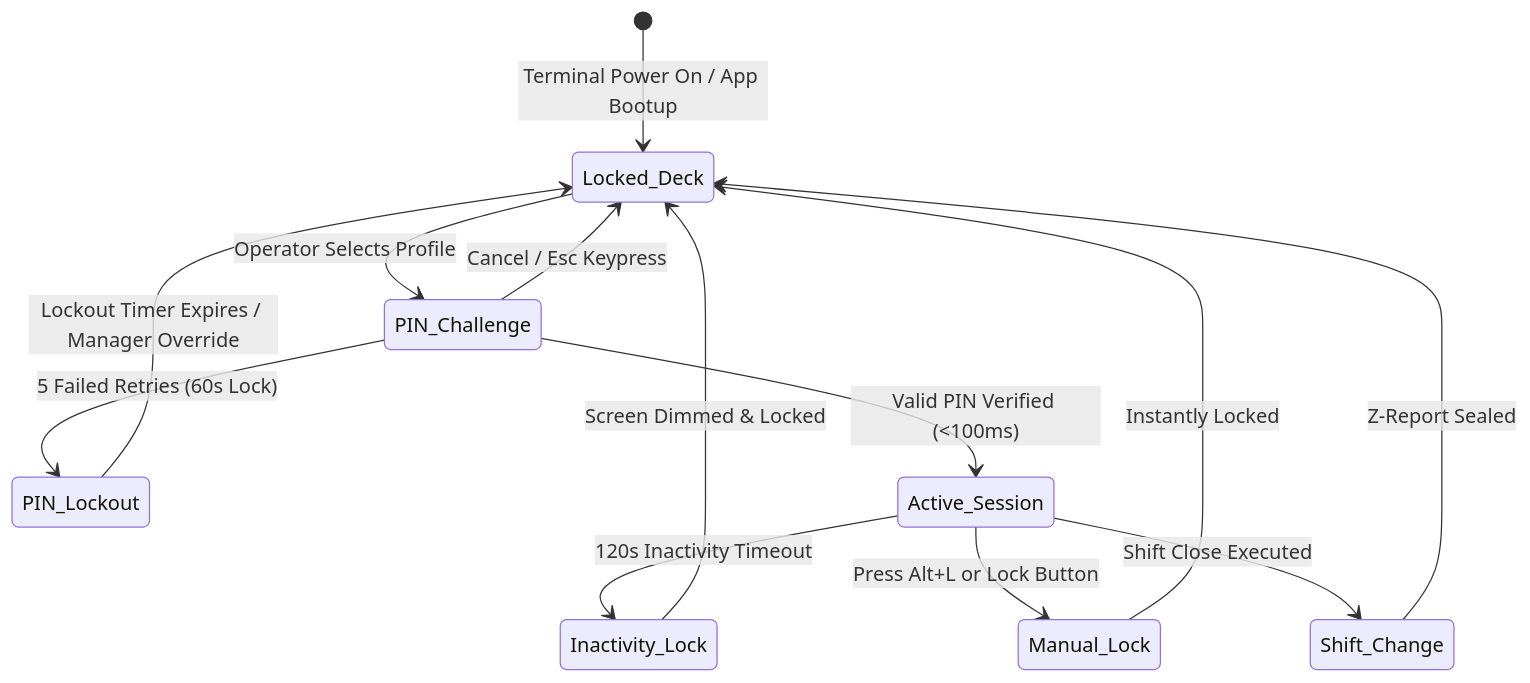
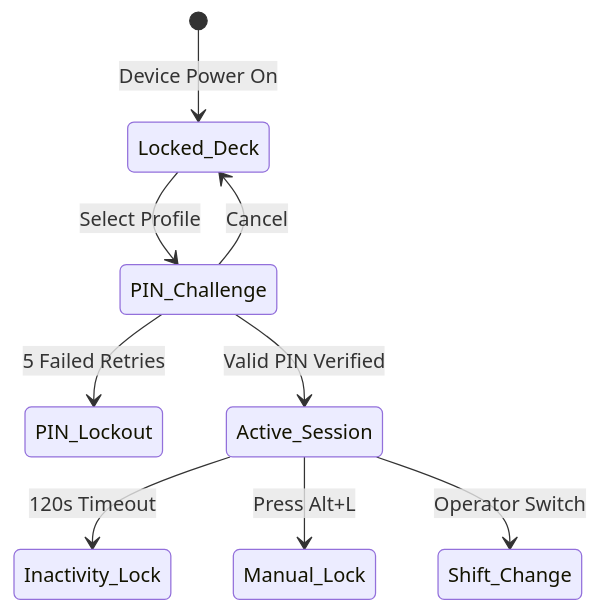
Before and after one commit to Bedant1424/OrderRAIL: the diagram in COUNTER_AUTH_SPEC.md, drawn with Mermaid. The commit also changed other lines of this file and 1 other file, not shown here.

Commit message:
docs(architecture-refinement): refine DEVICE_ARCHITECTURE.md and COUNTER_AUTH_SPEC.md with simplified 6-digit pairing, minimal identity schema, atomic permission bundles, 3 shift modes, unified device model, and owner management

````diff
--- a/COUNTER_AUTH_SPEC.md
+++ b/COUNTER_AUTH_SPEC.md
@@ -150,19 +95,14 @@
 ```mermaid
 stateDiagram-v2
-    [*] --> Locked_Deck : Terminal Power On / App Bootup
+    [*] --> Locked_Deck : Device Power On
 
-    Locked_Deck --> PIN_Challenge : Operator Selects Profile
-    PIN_Challenge --> Locked_Deck : Cancel / Esc Keypress
-    PIN_Challenge --> PIN_Lockout : 5 Failed Retries (60s Lock)
-    PIN_Lockout --> Locked_Deck : Lockout Timer Expires / Manager Override
+    Locked_Deck --> PIN_Challenge : Select Profile
+    PIN_Challenge --> Locked_Deck : Cancel
+    PIN_Challenge --> PIN_Lockout : 5 Failed Retries
     
-    PIN_Challenge --> Active_Session : Valid PIN Verified (<100ms)
+    PIN_Challenge --> Active_Session : Valid PIN Verified
     
-    Active_Session --> Inactivity_Lock : 120s Inactivity Timeout
-    Active_Session --> Manual_Lock : Press Alt+L or Lock Button
-    Active_Session --> Shift_Change : Shift Close Executed
-    
-    Inactivity_Lock --> Locked_Deck : Screen Dimmed & Locked
-    Manual_Lock --> Locked_Deck : Instantly Locked
-    Shift_Change --> Locked_Deck : Z-Report Sealed
+    Active_Session --> Inactivity_Lock : 120s Timeout
+    Active_Session --> Manual_Lock : Press Alt+L
+    Active_Session --> Shift_Change : Operator Switch
 ```
````
